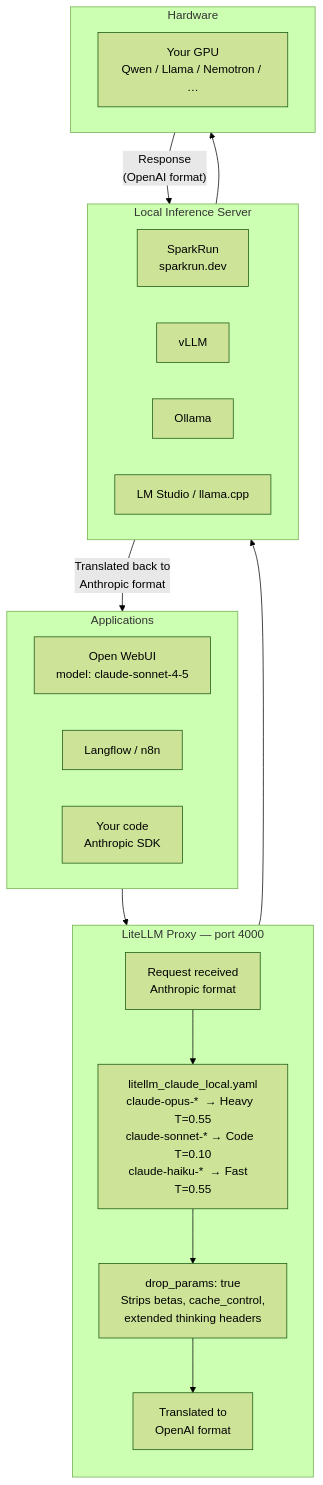
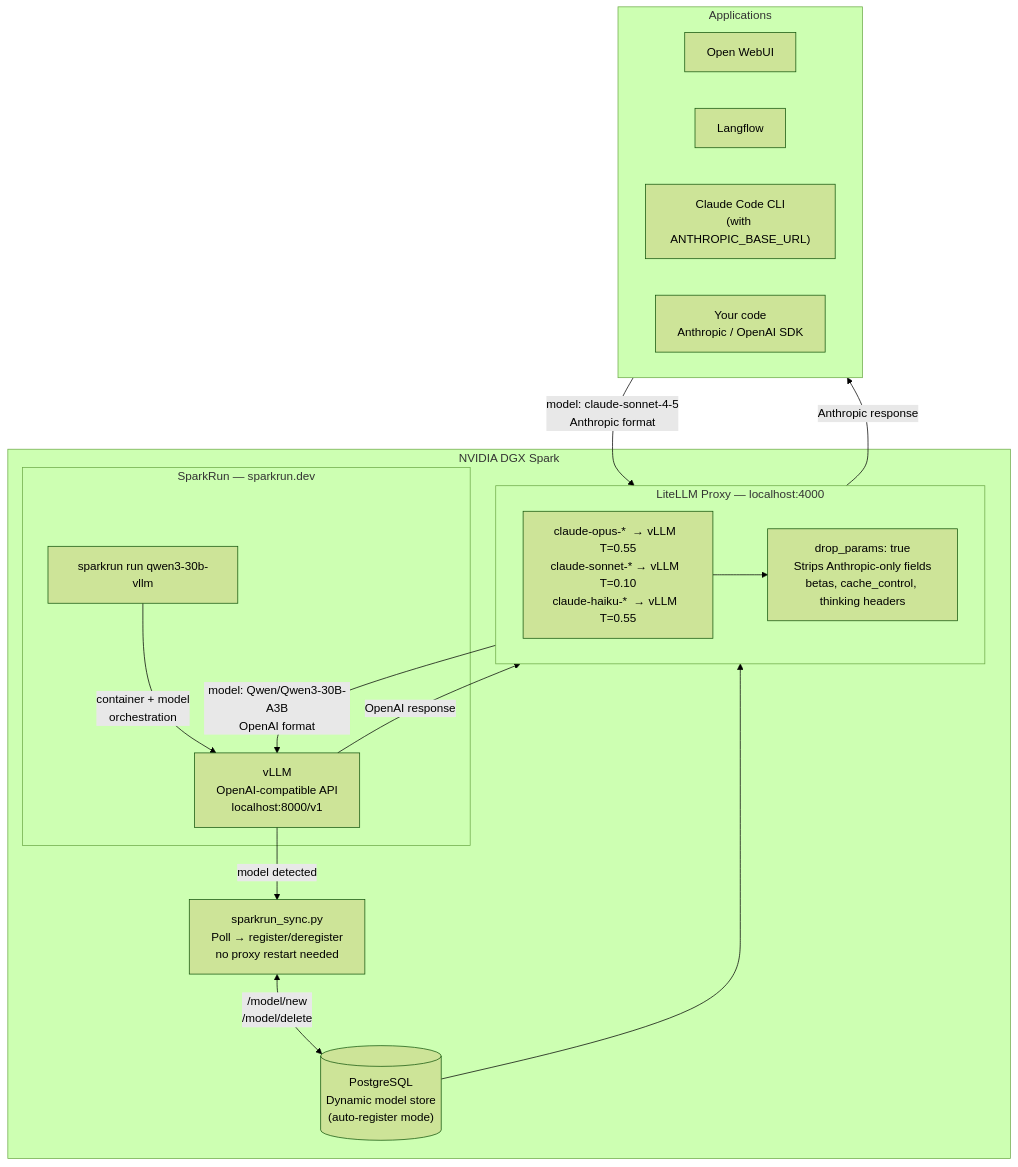
One commit to MARKYMARK55/spark-model-gateway changed the first of 2 diagrams in README.md. Above: the diagram before and after it, drawn with Mermaid (forest theme). The commit also changed other lines of this file, not shown here.

````diff
--- a/README.md
+++ b/README.md
@@ -27,34 +26,35 @@
 ```mermaid
 flowchart TD
-    subgraph Apps["Applications"]
-        A1["Open WebUI\nmodel: claude-sonnet-4-5"]
-        A2["Langflow / n8n"]
-        A3["Your code\nAnthropic SDK"]
+    subgraph DGX["NVIDIA DGX Spark"]
+        subgraph SR["SparkRun — sparkrun.dev"]
+            CLI["sparkrun run qwen3-30b-vllm"]
+            vLLM["vLLM\nOpenAI-compatible API\nlocalhost:8000/v1"]
+            CLI -->|"container + model\norchestration"| vLLM
+        end
+
+        subgraph Proxy["LiteLLM Proxy — localhost:4000"]
+            MAP["claude-opus-*  → vLLM  T=0.55\nclaude-sonnet-* → vLLM  T=0.10\nclaude-haiku-*  → vLLM  T=0.55"]
+            DROP["drop_params: true\nStrips Anthropic-only fields\nbetas, cache_control, thinking headers"]
+            MAP --> DROP
+        end
+
+        DB[("PostgreSQL\nDynamic model store\n(auto-register mode)")]
+        SYNC["sparkrun_sync.py\nPoll → register/deregister\nno proxy restart needed"]
+
+        vLLM -->|"model detected"| SYNC
+        SYNC <-->|"/model/new\n/model/delete"| DB
+        DB --> Proxy
     end
 
-    subgraph Proxy["LiteLLM Proxy — port 4000"]
-        direction TB
-        L["Request received\nAnthropic format"]
-        M["litellm_claude_local.yaml\nclaude-opus-*  → Heavy  T=0.55\nclaude-sonnet-* → Code  T=0.10\nclaude-haiku-*  → Fast   T=0.55"]
-        D["drop_params: true\nStrips betas, cache_control,\nextended thinking headers"]
-        T["Translated to\nOpenAI format"]
-        L --> M --> D --> T
+    subgraph Apps["Applications"]
+        OW["Open WebUI"]
+        LF["Langflow"]
+        CC["Claude Code CLI\n(with ANTHROPIC_BASE_URL)"]
+        SDK["Your code\nAnthropic / OpenAI SDK"]
     end
 
-    subgraph Local["Local Inference Server"]
-        S1["SparkRun\nsparkrun.dev"]
-        S2["vLLM"]
-        S3["Ollama"]
-        S4["LM Studio / llama.cpp"]
-    end
-
-    subgraph GPU["Hardware"]
-        G["Your GPU\nQwen / Llama / Nemotron / …"]
-    end
-
-    Apps --> Proxy
-    Proxy --> Local
-    Local --> GPU
-    GPU -->|"Response\n(OpenAI format)"| Local
-    Local -->|"Translated back to\nAnthropic format"| Apps
+    Apps -->|"model: claude-sonnet-4-5\nAnthropic format"| Proxy
+    Proxy -->|"model: Qwen/Qwen3-30B-A3B\nOpenAI format"| vLLM
+    vLLM -->|"OpenAI response"| Proxy
+    Proxy -->|"Anthropic response"| Apps
 ```
````
